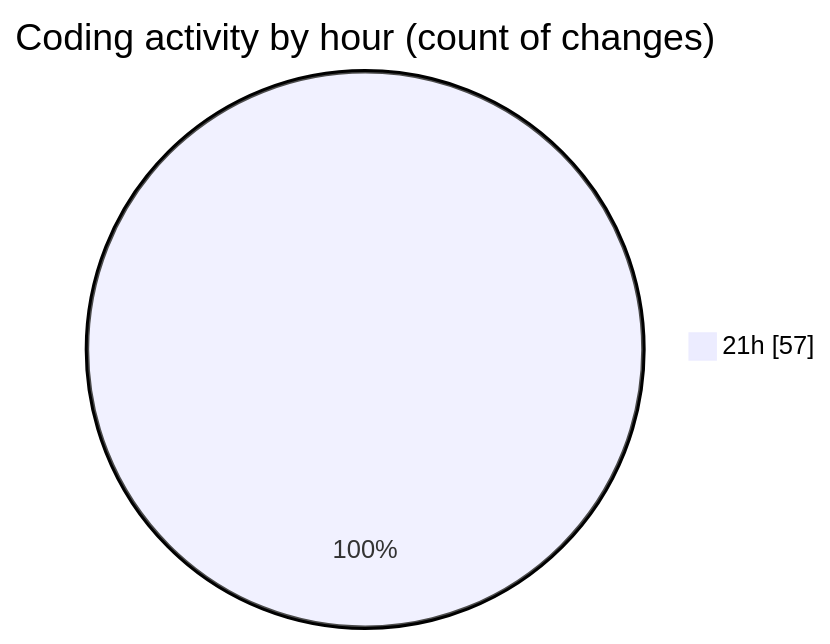
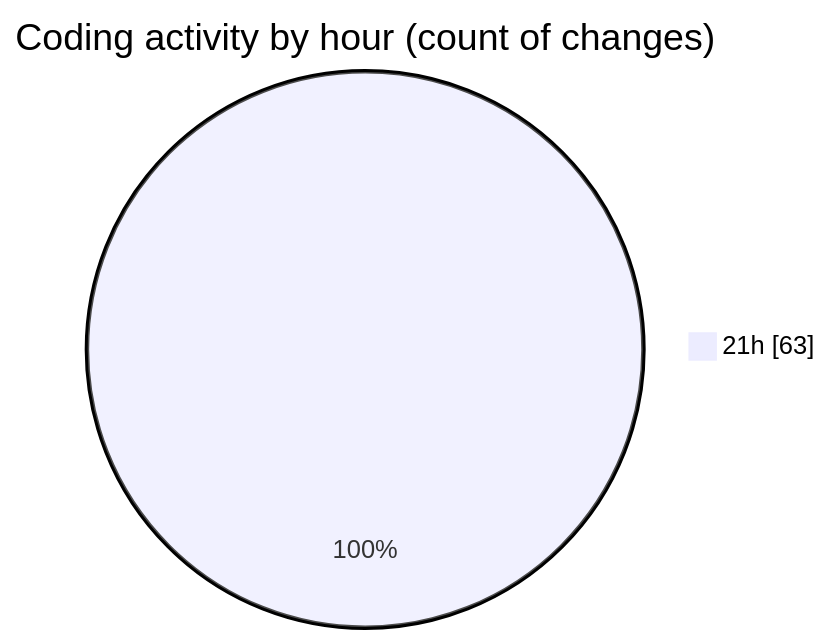
Before and after one commit to Netris89/code-tracking: the second of 2 diagrams in 2025-04-05/schoolmanagement/README.md, drawn with Mermaid. The commit also changed other lines of this file and 1 other file, not shown here.

````diff
--- a/2025-04-05/schoolmanagement/README.md
+++ b/2025-04-05/schoolmanagement/README.md
@@ -45,5 +45,5 @@
 ```mermaid
 pie showData
 title Coding activity by hour (count of changes)
-"21h" : 57
+"21h" : 63
 ```
````
